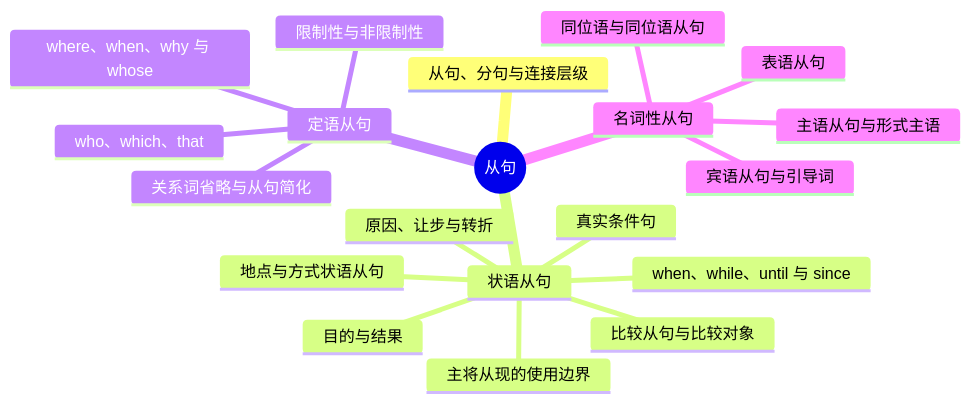
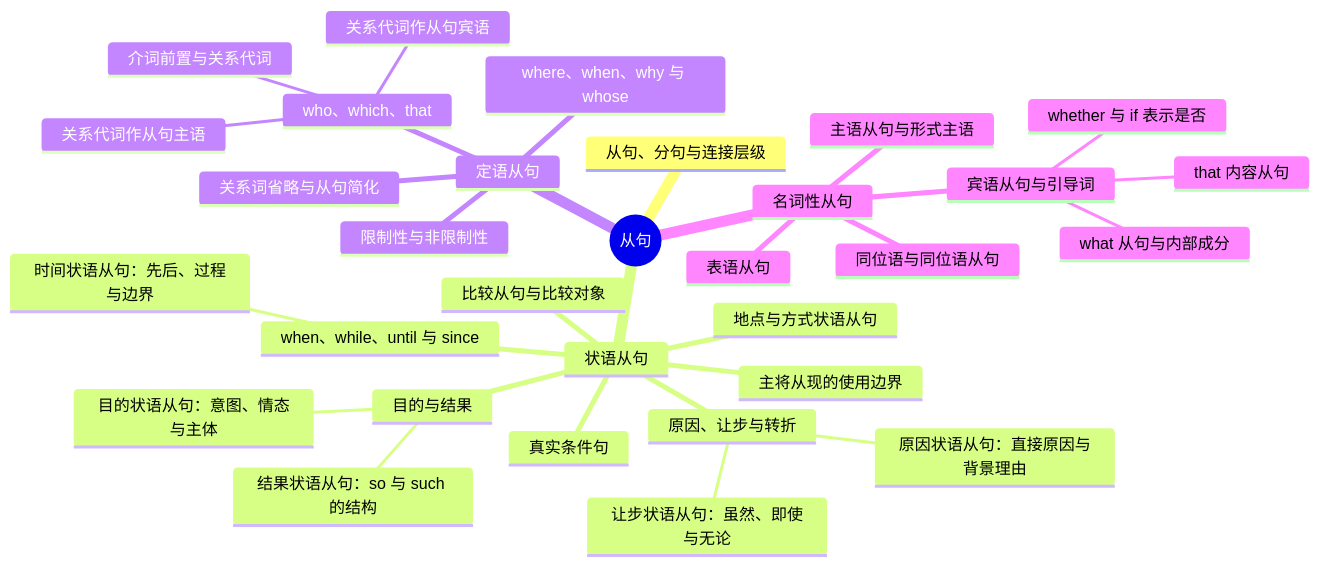
The sixth of 11 diagrams in grammar-mindmaps.md (FitzLeewenlei/grammar), drawn with Mermaid before and after one commit. The commit also changed other lines of this file and 14 other files, not shown here.

````diff
--- a/grammar-mindmaps.md
+++ b/grammar-mindmaps.md
@@ -128,23 +160,34 @@
 ```mermaid
 mindmap
   root((从句))
     从句、分句与连接层级
     状语从句
       真实条件句
       主将从现的使用边界
       when、while、until 与 since
+        时间状语从句：先后、过程与边界
       原因、让步与转折
+        原因状语从句：直接原因与背景理由
+        让步状语从句：虽然、即使与无论
       目的与结果
+        目的状语从句：意图、情态与主体
+        结果状语从句：so 与 such 的结构
       地点与方式状语从句
       比较从句与比较对象
     定语从句
       who、which、that
+        关系代词作从句主语
+        关系代词作从句宾语
+        介词前置与关系代词
       where、when、why 与 whose
       关系词省略与从句简化
       限制性与非限制性
     名词性从句
       主语从句与形式主语
       宾语从句与引导词
+        that 内容从句
+        what 从句与内部成分
+        whether 与 if 表示是否
       表语从句
       同位语与同位语从句
 ```
````
